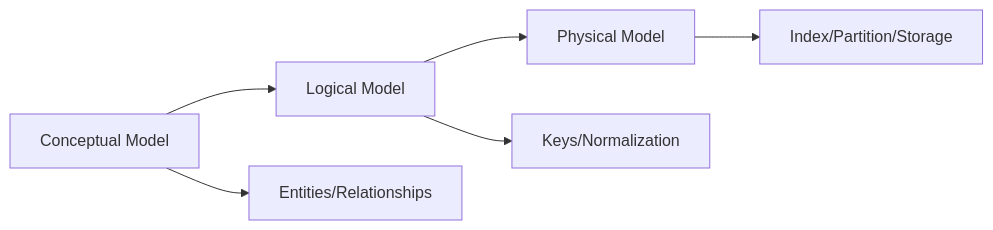
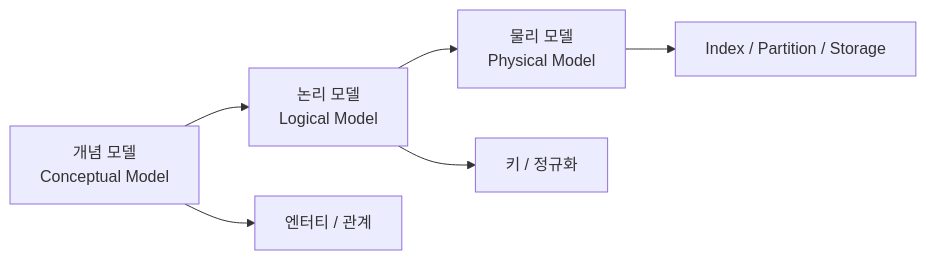
One commit to mandoobox/mandoobox.github.io changed the seventh of 54 diagrams in _posts/cs-note/2026-02-27-database.md. Above: the diagram before and after it, drawn with Mermaid. The commit also changed other lines of this file and 18 other files, not shown here.

````diff
--- a/_posts/cs-note/2026-02-27-database.md
+++ b/_posts/cs-note/2026-02-27-database.md
@@ -200,8 +198,8 @@
 ```mermaid
 flowchart LR
-  C[Conceptual Model] --> L[Logical Model]
-  L --> P[Physical Model]
-  C --> E["Entities/Relationships"]
-  L --> N["Keys/Normalization"]
-  P --> I["Index/Partition/Storage"]
+  C[개념 모델<br/>Conceptual Model] --> L[논리 모델<br/>Logical Model]
+  L --> P[물리 모델<br/>Physical Model]
+  C --> E["엔터티 / 관계"]
+  L --> N["키 / 정규화"]
+  P --> I["Index / Partition / Storage"]
 ```
````
